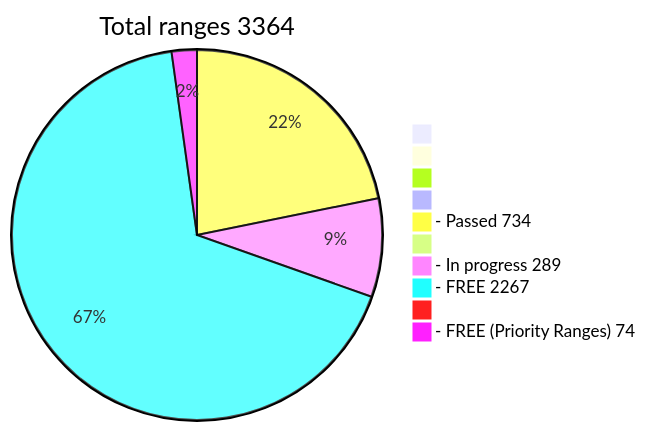
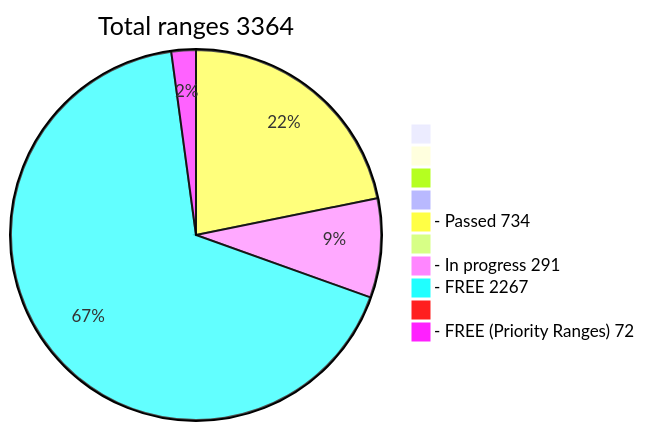
Before and after one commit to phrutis/wif500: the diagram in README.md, drawn with Mermaid.

````diff
--- a/README.md
+++ b/README.md
@@ -16,13 +16,13 @@
 ```mermaid
 pie title Total ranges 3364
              " " : 0
             "  " : 0
            "   " : 0
           "    " : 0
   "- Passed 734" : 734
          "     " : 0
-  "- In progress 289" : 289
+  "- In progress 291" : 291
    "- FREE 2267" : 2267
         "      " : 0
-  "- FREE (Priority Ranges) 74" : 74
+  "- FREE (Priority Ranges) 72" : 72
 ```
````
